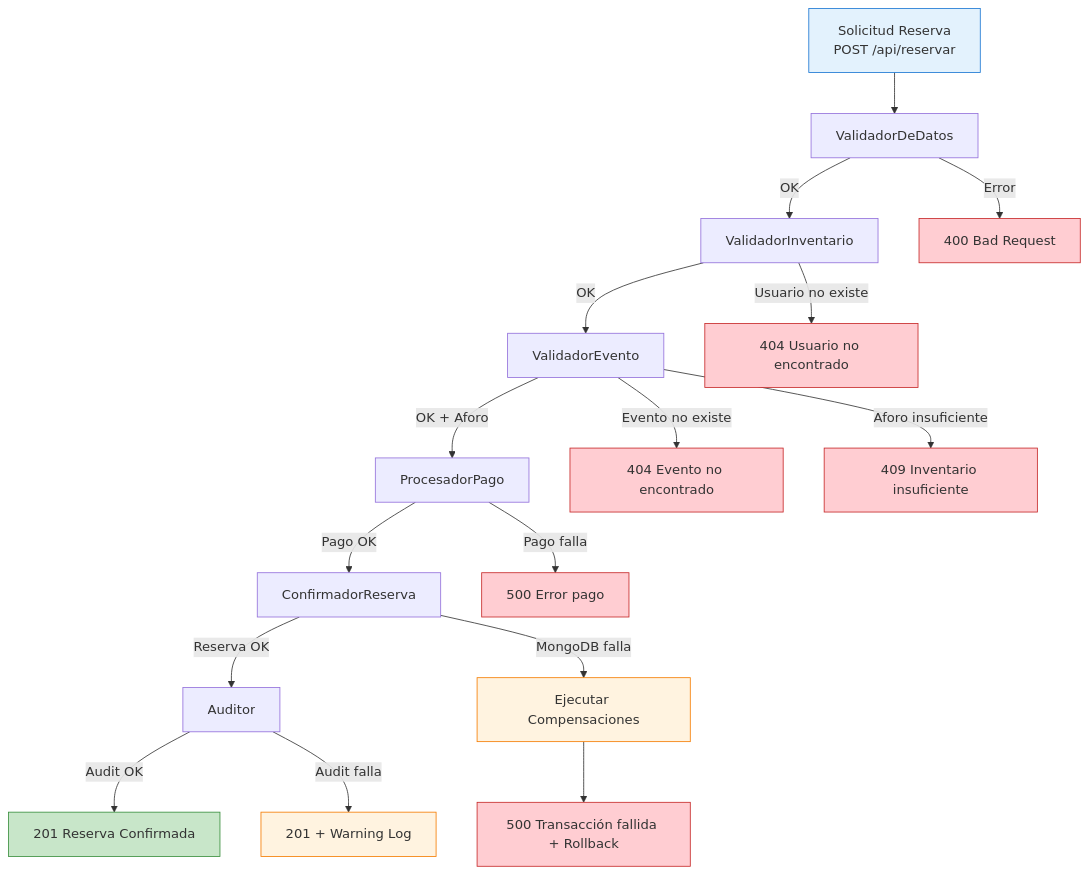
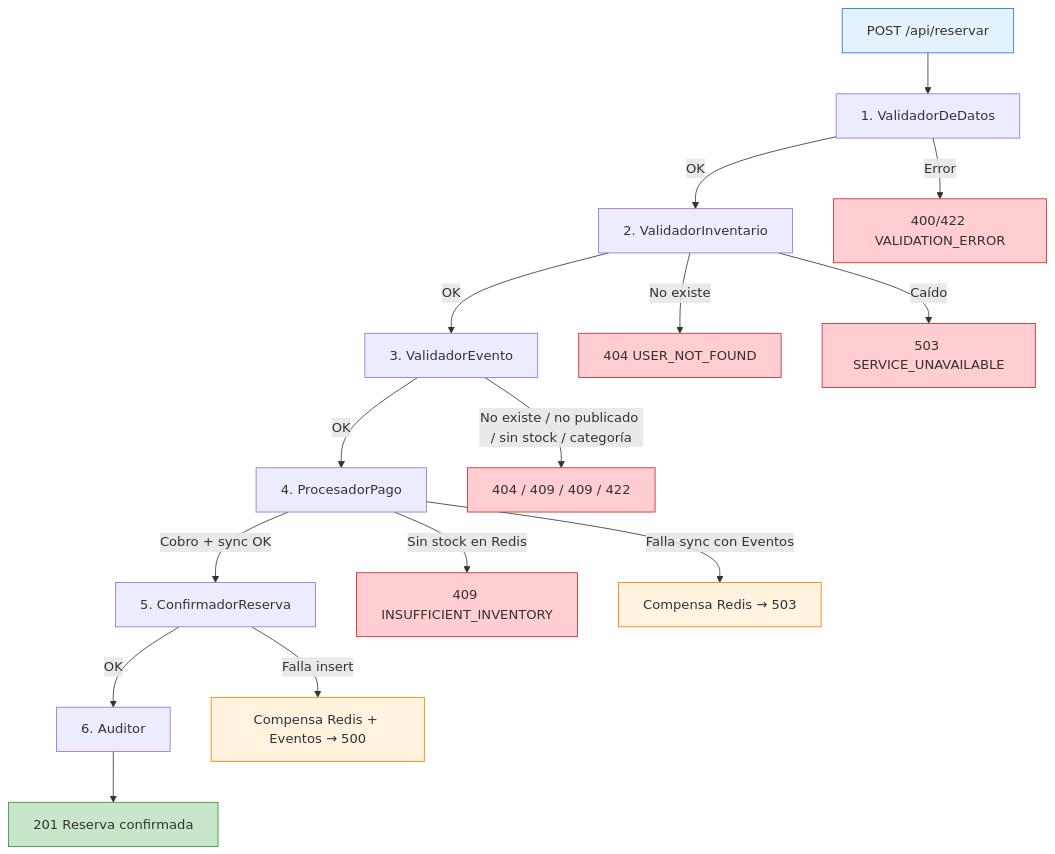
Before and after one commit to fmq203/FQ-NoSQL-2026: the diagram in TAREA 2/brain/patterns/chain-of-responsibility.md, drawn with Mermaid. The commit also changed other lines of this file and 34 other files, not shown here.

````diff
--- a/TAREA 2/brain/patterns/chain-of-responsibility.md
+++ b/TAREA 2/brain/patterns/chain-of-responsibility.md
@@ -19,36 +21,33 @@
 ```mermaid
 flowchart TD
-    Request[Solicitud Reserva\nPOST /api/reservar] --> H1[ValidadorDeDatos]
-    
-    H1 -->|OK| H2[ValidadorInventario]
-    H1 -->|Error| Response400[400 Bad Request]
-    
-    H2 -->|OK| H3[ValidadorEvento]
-    H2 -->|Usuario no existe| Response404U[404 Usuario no encontrado]
-    
-    H3 -->|OK + Aforo| H4[ProcesadorPago]
-    H3 -->|Evento no existe| Response404E[404 Evento no encontrado]
-    H3 -->|Aforo insuficiente| Response409[409 Inventario insuficiente]
-    
-    H4 -->|Pago OK| H5[ConfirmadorReserva]
-    H4 -->|Pago falla| Response500P[500 Error pago]
-    
-    H5 -->|Reserva OK| H6[Auditor]
-    H5 -->|MongoDB falla| Compensacion[Ejecutar Compensaciones]
-    
-    H6 -->|Audit OK| Response201[201 Reserva Confirmada]
-    H6 -->|Audit falla| Response201W[201 + Warning Log]
-    
-    Compensacion --> Response500C[500 Transacción fallida + Rollback]
+    Request[POST /api/reservar] --> H1[1. ValidadorDeDatos]
+
+    H1 -->|OK| H2[2. ValidadorInventario]
+    H1 -->|Error| E1[400/422 VALIDATION_ERROR]
+
+    H2 -->|OK| H3[3. ValidadorEvento]
+    H2 -->|No existe| E2[404 USER_NOT_FOUND]
+    H2 -->|Caído| E2b[503 SERVICE_UNAVAILABLE]
+
+    H3 -->|OK| H4[4. ProcesadorPago]
+    H3 -->|No existe / no publicado / sin stock / categoría| E3[404 / 409 / 409 / 422]
+
+    H4 -->|Cobro + sync OK| H5[5. ConfirmadorReserva]
+    H4 -->|Sin stock en Redis| E4[409 INSUFFICIENT_INVENTORY]
+    H4 -->|Falla sync con Eventos| C4[Compensa Redis → 503]
+
+    H5 -->|OK| H6[6. Auditor]
+    H5 -->|Falla insert| C5[Compensa Redis + Eventos → 500]
+
+    H6 --> OK[201 Reserva confirmada]
 
     style Request fill:#e3f2fd,stroke:#1976d2
-    style Response201 fill:#c8e6c9,stroke:#388e3c
-    style Response201W fill:#fff3e0,stroke:#f57c00
-    style Response400 fill:#ffcdd2,stroke:#c62828
-    style Response404U fill:#ffcdd2,stroke:#c62828
-    style Response404E fill:#ffcdd2,stroke:#c62828
-    style Response409 fill:#ffcdd2,stroke:#c62828
-    style Response500P fill:#ffcdd2,stroke:#c62828
-    style Response500C fill:#ffcdd2,stroke:#c62828
-    style Compensacion fill:#fff3e0,stroke:#f57c00
+    style OK fill:#c8e6c9,stroke:#388e3c
+    style E1 fill:#ffcdd2,stroke:#c62828
+    style E2 fill:#ffcdd2,stroke:#c62828
+    style E2b fill:#ffcdd2,stroke:#c62828
+    style E3 fill:#ffcdd2,stroke:#c62828
+    style E4 fill:#ffcdd2,stroke:#c62828
+    style C4 fill:#fff3e0,stroke:#f57c00
+    style C5 fill:#fff3e0,stroke:#f57c00
 ```
````
